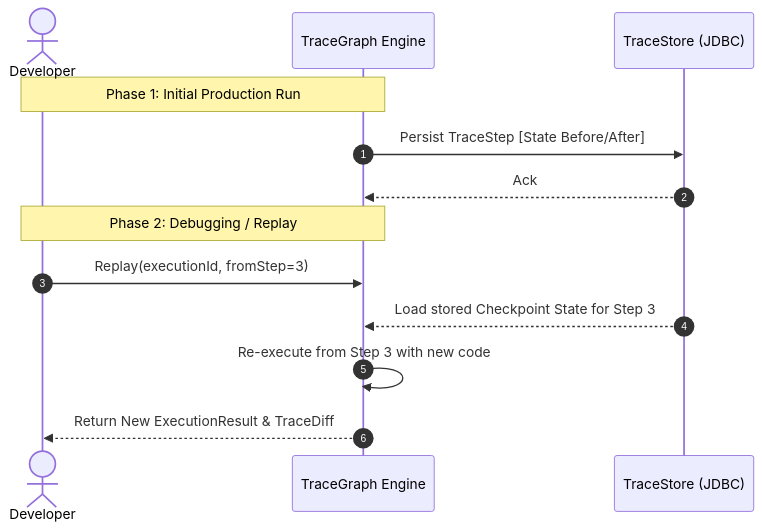
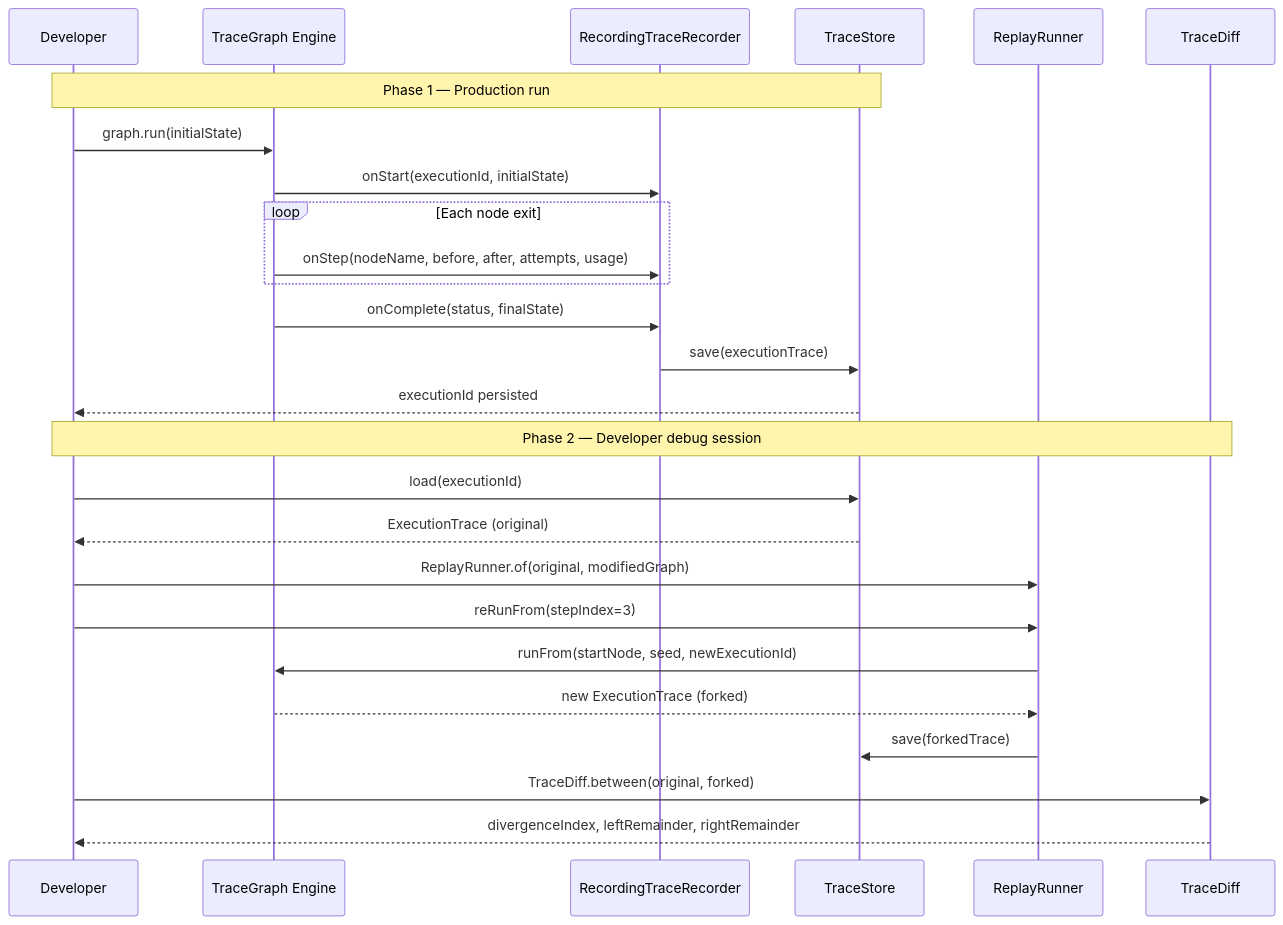
The fourth of 6 diagrams in tracegraph-observability/README.md (kimhongzhang323/TraceGraph), drawn with Mermaid before and after one commit. The commit also changed other lines of this file, not shown here.

Commit message:
docs(observability): full English README with trace lifecycle, replay sequence, TraceDiff walkthrough

````diff
--- a/tracegraph-observability/README.md
+++ b/tracegraph-observability/README.md
@@ -18,17 +189,32 @@
 ```mermaid
 sequenceDiagram
-    autonumber
-    actor Developer
+    participant Dev as Developer
     participant Graph as TraceGraph Engine
-    participant Store as TraceStore (JDBC)
-    
-    Note over Developer,Graph: Phase 1: Initial Production Run
-    Graph->>Store: Persist TraceStep [State Before/After]
-    Store-->>Graph: Ack
-    
-    Note over Developer,Graph: Phase 2: Debugging / Replay
-    Developer->>Graph: Replay(executionId, fromStep=3)
-    Store-->>Graph: Load stored Checkpoint State for Step 3
-    Graph->>Graph: Re-execute from Step 3 with new code
-    Graph-->>Developer: Return New ExecutionResult & TraceDiff
+    participant Rec as RecordingTraceRecorder
+    participant Store as TraceStore
+    participant Runner as ReplayRunner
+    participant Diff as TraceDiff
+
+    Note over Dev,Store: Phase 1 — Production run
+    Dev->>Graph: graph.run(initialState)
+    Graph->>Rec: onStart(executionId, initialState)
+    loop Each node exit
+        Graph->>Rec: onStep(nodeName, before, after, attempts, usage)
+    end
+    Graph->>Rec: onComplete(status, finalState)
+    Rec->>Store: save(executionTrace)
+    Store-->>Dev: executionId persisted
+
+    Note over Dev,Diff: Phase 2 — Developer debug session
+    Dev->>Store: load(executionId)
+    Store-->>Dev: ExecutionTrace (original)
+
+    Dev->>Runner: ReplayRunner.of(original, modifiedGraph)
+    Dev->>Runner: reRunFrom(stepIndex=3)
+    Runner->>Graph: runFrom(startNode, seed, newExecutionId)
+    Graph-->>Runner: new ExecutionTrace (forked)
+    Runner->>Store: save(forkedTrace)
+
+    Dev->>Diff: TraceDiff.between(original, forked)
+    Diff-->>Dev: divergenceIndex, leftRemainder, rightRemainder
 ```
````
